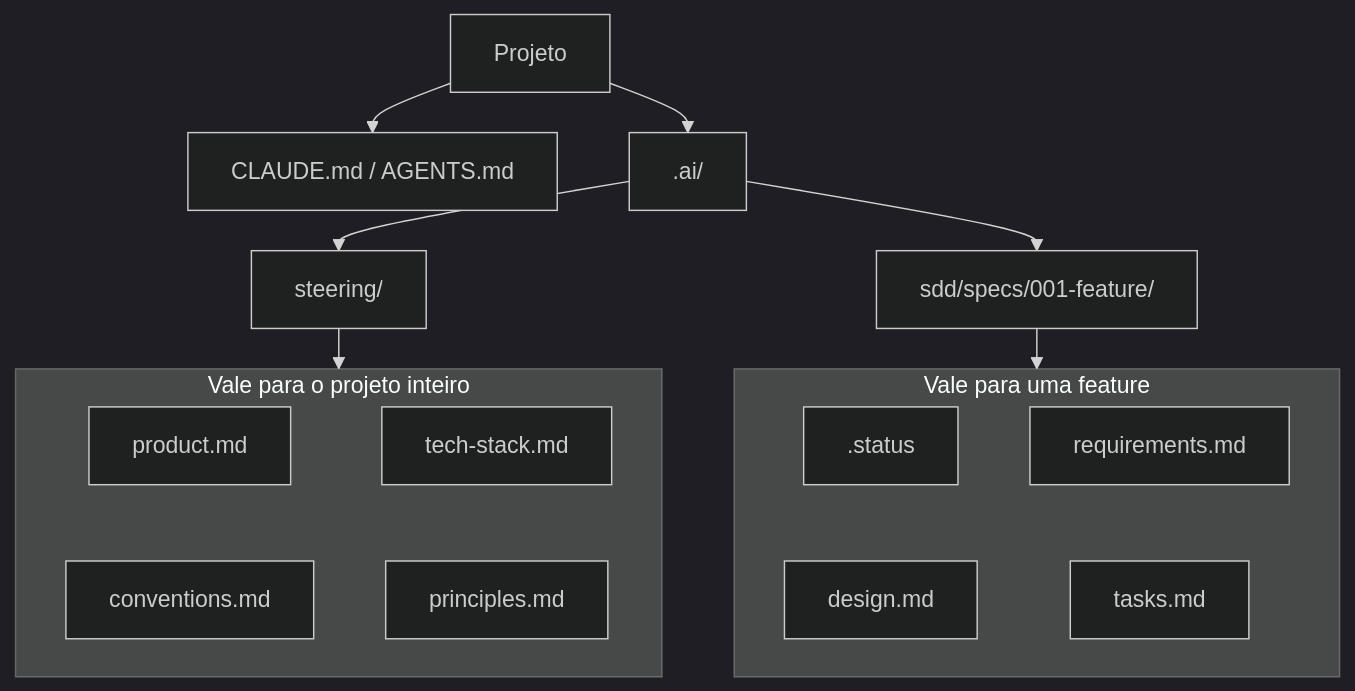
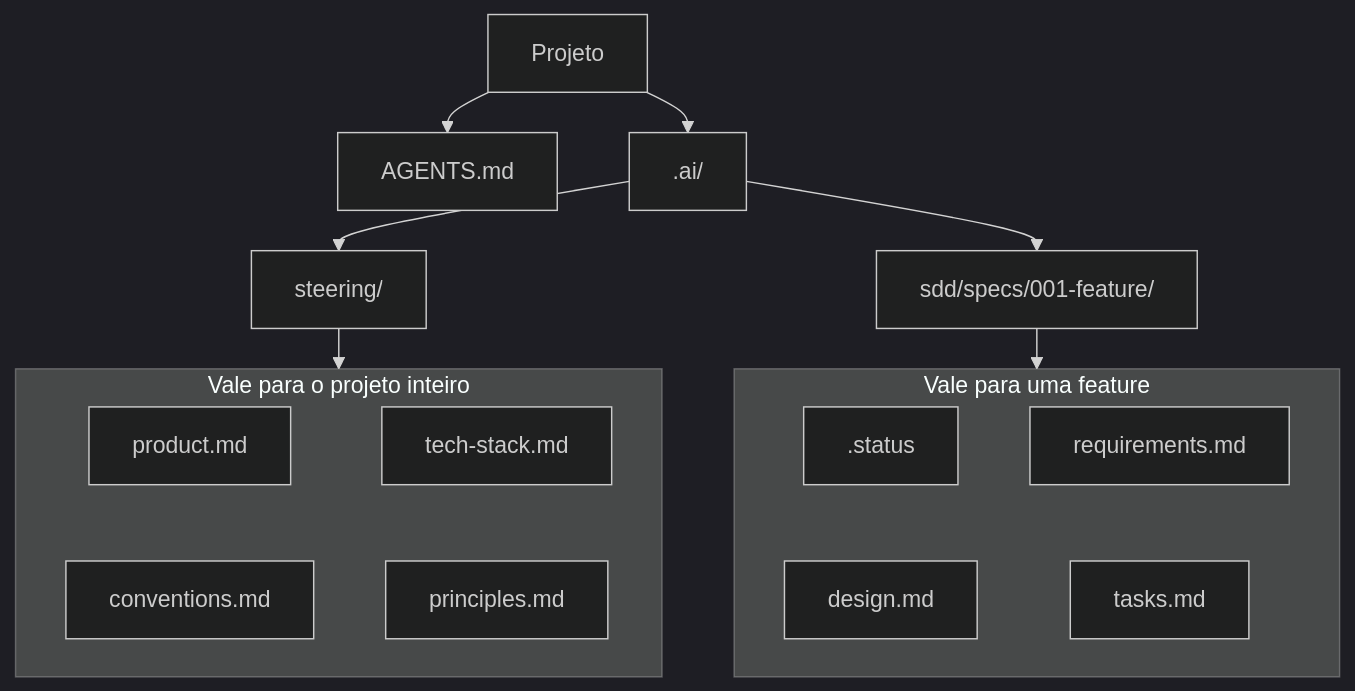
One commit to felipefontoura/spec-driven-development-book changed the third of 15 diagrams in BOOK.pt-BR.md. Above: the diagram before and after it, drawn with Mermaid (dark theme). The commit also changed other lines of this file and 1 other file, not shown here.

````diff
--- a/BOOK.pt-BR.md
+++ b/BOOK.pt-BR.md
@@ -349,40 +349,40 @@
 ```mermaid
 ---
 config:
   flowchart:
     rankSpacing: 28
 ---
 flowchart TB
-    ROOT[Projeto] --> CM[CLAUDE.md / AGENTS.md]
+    ROOT[Projeto] --> CM[AGENTS.md]
     ROOT --> AI[.ai/]
     AI --> ST[steering/]
     AI --> SP[sdd/specs/001-feature/]
 
     subgraph GLOBAL["Vale para o projeto inteiro"]
         direction TB
         S1[product.md]
         S2[tech-stack.md]
         S3[conventions.md]
         S4[principles.md]
         S1 ~~~ S3
         S2 ~~~ S4
     end
 
     subgraph FEATURE["Vale para uma feature"]
         direction TB
         STAT[.status]
         R[requirements.md]
         D[design.md]
         T[tasks.md]
         STAT ~~~ D
         R ~~~ T
     end
 
     ST --> GLOBAL
     SP --> FEATURE
 
     class STAT accent;
     class R,D,T soft;
     class S1,S2,S3,S4 neutral;
     class ROOT,AI,ST,SP,CM muted;
 ```
````
